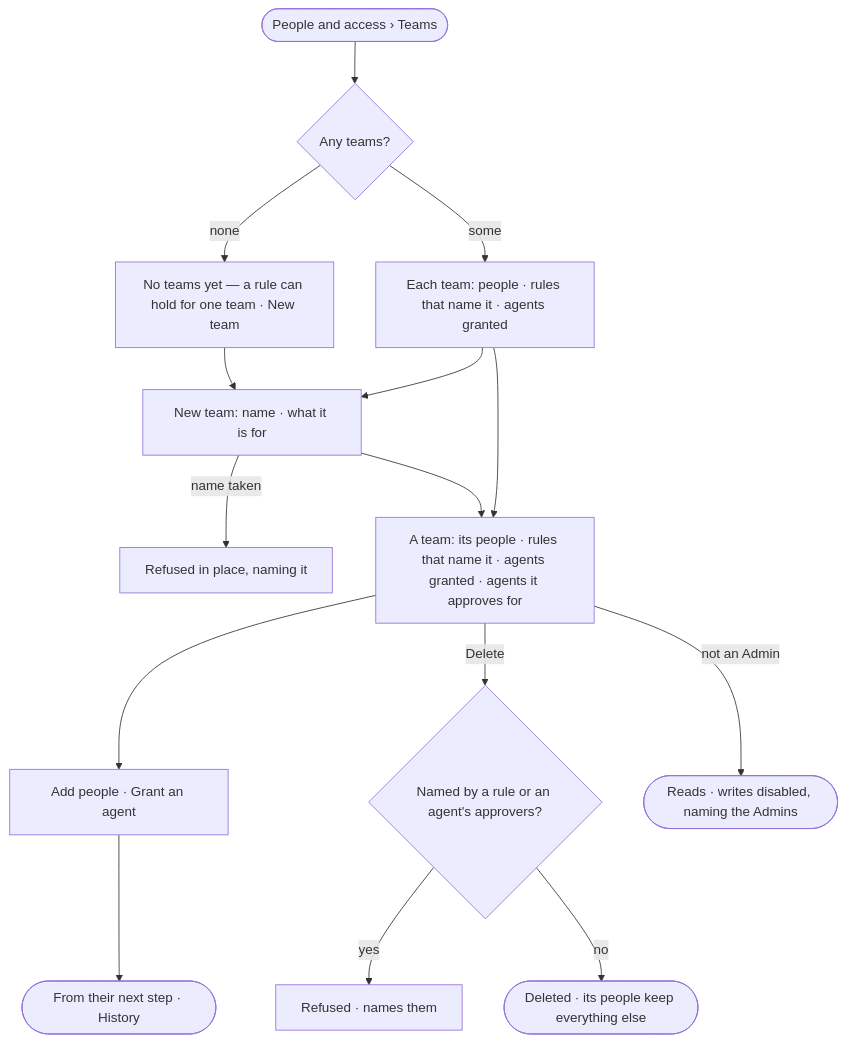
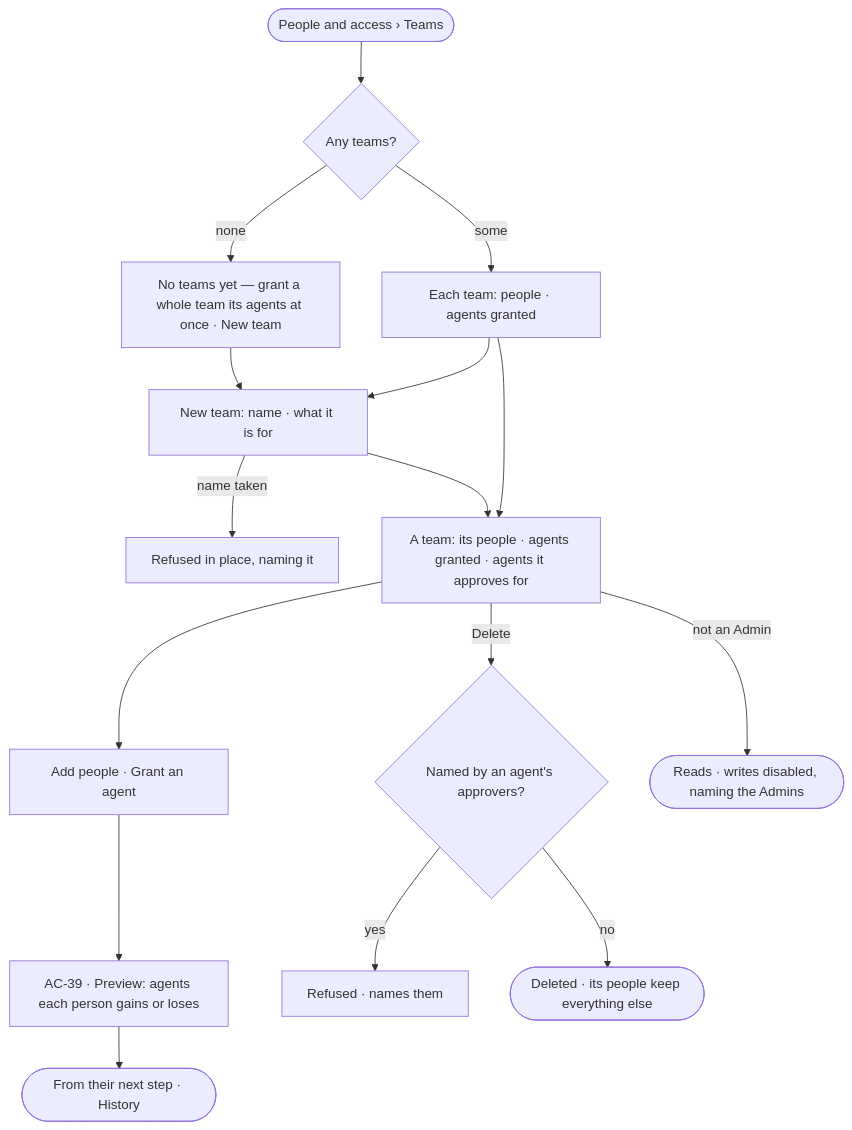
Before and after one commit to invana/invana: the diagram in specs/os/access/features/AC-F03-directory/stories/AC-09-make-teams-and-put-people-on-them/story.md, drawn with Mermaid. The commit also changed other lines of this file and 300 other files, not shown here.

````diff
--- a/specs/os/access/features/AC-F03-directory/stories/AC-09-make-teams-and-put-people-on-them/story.md
+++ b/specs/os/access/features/AC-F03-directory/stories/AC-09-make-teams-and-put-people-on-them/story.md
@@ -26,16 +26,16 @@
 ```mermaid
 flowchart TD
   p([People and access › Teams]) --> t{"Any teams?"}
-  t -->|none| e["No teams yet — a rule can hold for one team · New team"]
-  t -->|some| l["Each team: people · rules that name it · agents granted"]
+  t -->|none| e["No teams yet — grant a whole team its agents at once · New team"]
+  t -->|some| l["Each team: people · agents granted"]
   e --> n["New team: name · what it is for"]
   l --> n
   n -->|name taken| tn["Refused in place, naming it"]
-  n --> one["A team: its people · rules that name it · agents granted · agents it approves for"]
+  n --> one["A team: its people · agents granted · agents it approves for"]
   l --> one
-  one --> add["Add people · Grant an agent"] --> next(["From their next step · History"])
-  one -->|Delete| d{"Named by a rule or an agent's approvers?"}
+  one --> add["Add people · Grant an agent"] --> pv["AC-39 · Preview: agents each person gains or loses"] --> next(["From their next step · History"])
+  one -->|Delete| d{"Named by an agent's approvers?"}
   d -->|yes| dn["Refused · names them"]
   d -->|no| gone(["Deleted · its people keep everything else"])
   one -->|not an Admin| ro(["Reads · writes disabled, naming the Admins"])
 ```
````
